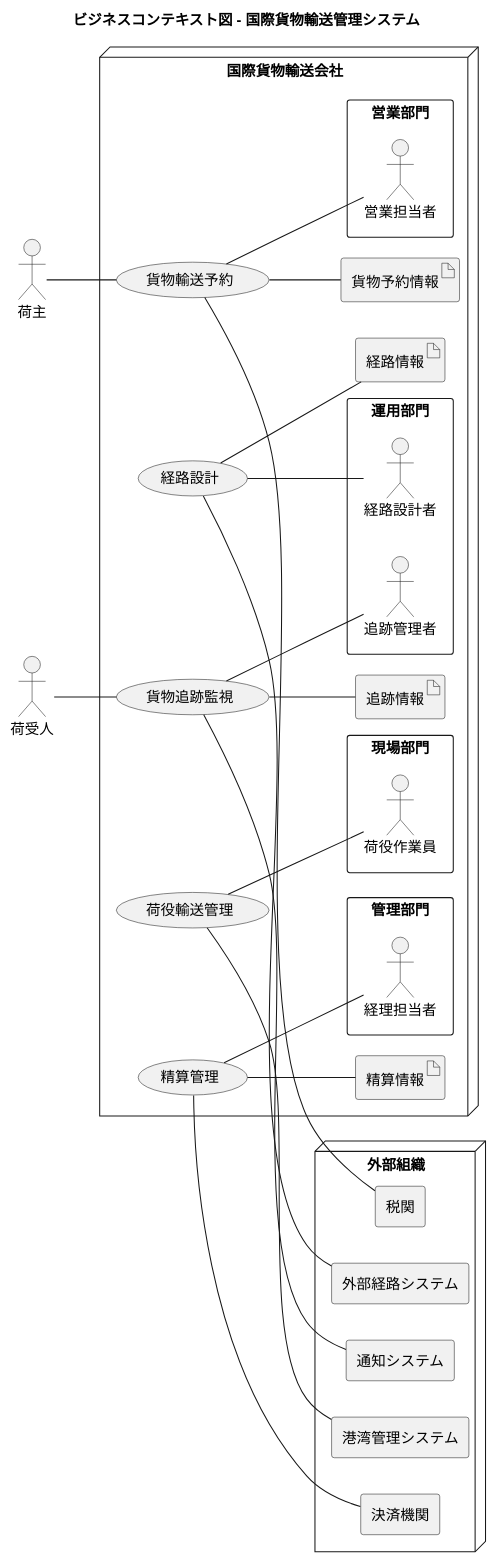
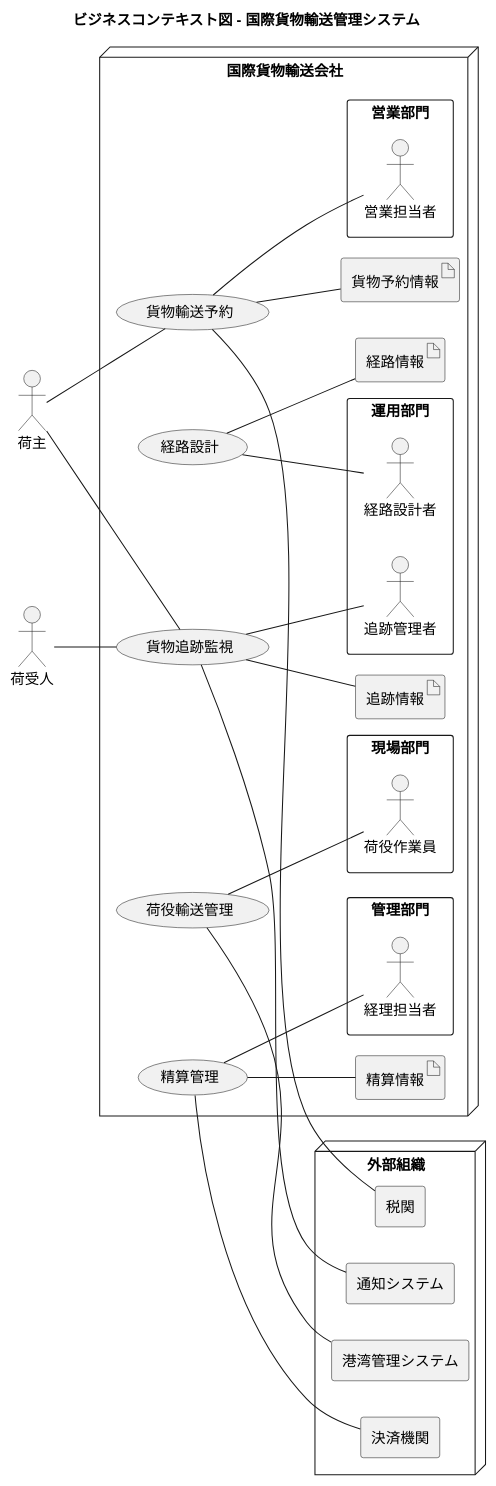
The third of 21 diagrams in docs/requirements/requirements_definition.md (k2works/case-study-cargo-tracker), drawn with PlantUML before and after one commit. The commit also changed other lines of this file and 3 other files, not shown here.

````diff
--- a/docs/requirements/requirements_definition.md
+++ b/docs/requirements/requirements_definition.md
@@ -137,70 +170,69 @@
 ```plantuml
 @startuml
 
 title ビジネスコンテキスト図 - 国際貨物輸送管理システム
 
 left to right direction
 
 actor 荷主
 actor 荷受人
 
 node 国際貨物輸送会社 {
   rectangle 営業部門 {
     actor 営業担当者
   }
 
   rectangle 運用部門 {
     actor 経路設計者
     actor 追跡管理者
   }
 
   rectangle 現場部門 {
     actor 荷役作業員
   }
 
   rectangle 管理部門 {
     actor 経理担当者
   }
 
   usecase 貨物輸送予約
   usecase 経路設計
   usecase 荷役輸送管理
   usecase 貨物追跡監視
   usecase 精算管理
 
   artifact 貨物予約情報
   artifact 経路情報
   artifact 追跡情報
   artifact 精算情報
 }
 
 node 外部組織 {
   agent 通知システム
-  agent 外部経路システム
   agent 港湾管理システム
   agent 決済機関
   agent 税関
 }
 
 :荷主: -- (貨物輸送予約)
+:荷主: -- (貨物追跡監視)
 :荷受人: -- (貨物追跡監視)
 
 (貨物輸送予約) -- :営業担当者:
 (経路設計) -- :経路設計者:
 (荷役輸送管理) -- :荷役作業員:
 (貨物追跡監視) -- :追跡管理者:
 (精算管理) -- :経理担当者:
 
 (貨物輸送予約) -- 貨物予約情報
 (経路設計) -- 経路情報
 (貨物追跡監視) -- 追跡情報
 (精算管理) -- 精算情報
 
 (貨物追跡監視) -- 通知システム
-(経路設計) -- 外部経路システム
 (荷役輸送管理) -- 港湾管理システム
 (精算管理) -- 決済機関
 (貨物輸送予約) -- 税関
 
 @enduml
 ```
````
